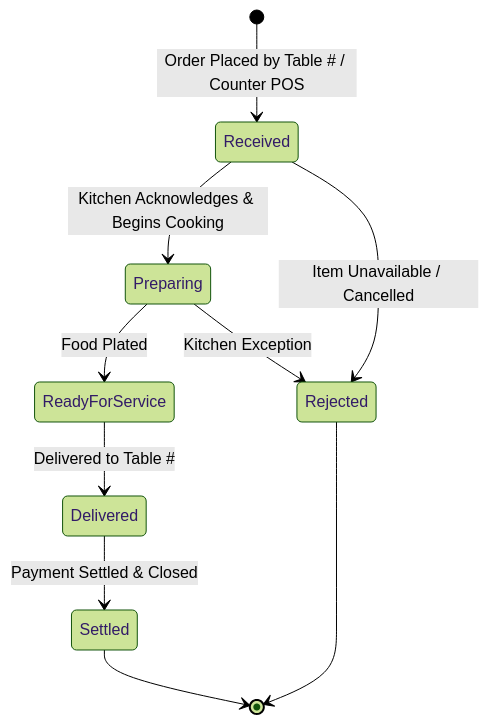
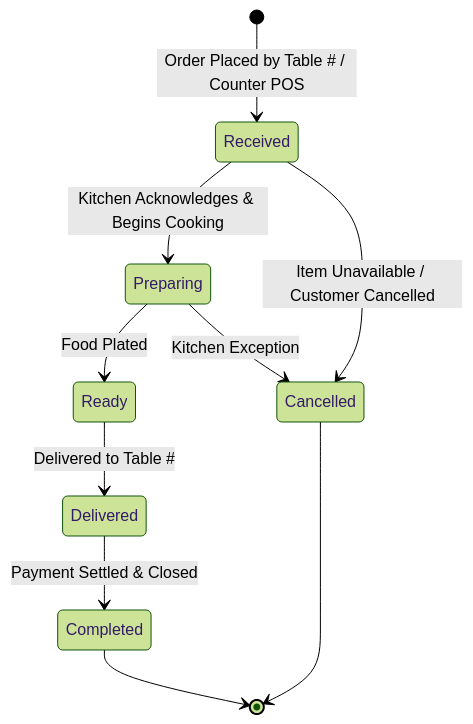
The fourth of 4 diagrams in docs/domain/STATE_MACHINES.md (Devansh5602/TurfAndTaste), drawn with Mermaid (forest theme) before and after one commit. The commit also changed other lines of this file and 7 other files, not shown here.

````diff
--- a/docs/domain/STATE_MACHINES.md
+++ b/docs/domain/STATE_MACHINES.md
@@ -64,13 +65,13 @@
 ```mermaid
 stateDiagram-v2
     [*] --> Received: Order Placed by Table # / Counter POS
     Received --> Preparing: Kitchen Acknowledges & Begins Cooking
-    Preparing --> ReadyForService: Food Plated
-    ReadyForService --> Delivered: Delivered to Table #
-    Delivered --> Settled: Payment Settled & Closed
-    Settled --> [*]
+    Preparing --> Ready: Food Plated
+    Ready --> Delivered: Delivered to Table #
+    Delivered --> Completed: Payment Settled & Closed
+    Completed --> [*]
 
-    Received --> Rejected: Item Unavailable / Cancelled
-    Preparing --> Rejected: Kitchen Exception
-    Rejected --> [*]
+    Received --> Cancelled: Item Unavailable / Customer Cancelled
+    Preparing --> Cancelled: Kitchen Exception
+    Cancelled --> [*]
 ```
````
